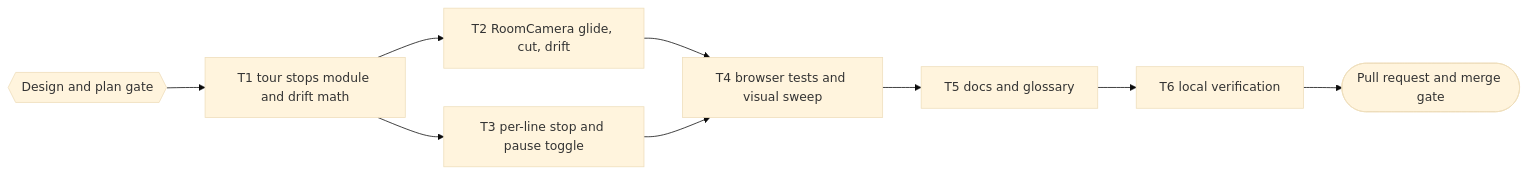
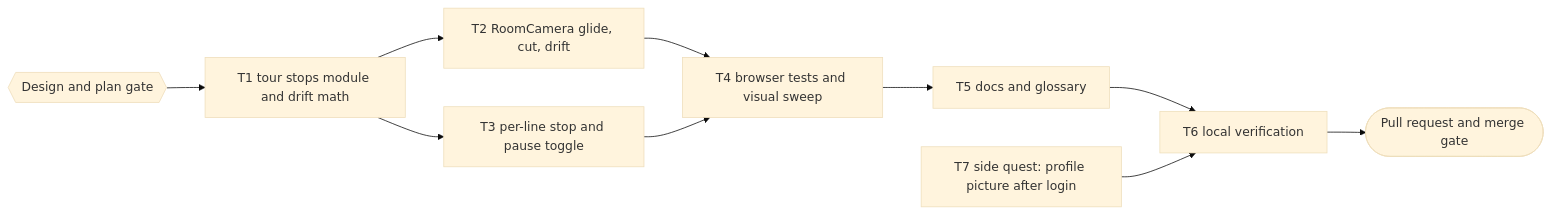
Before and after one commit to belajarcarabelajar/time-capsule: the first of 2 diagrams in docs/code-plan/plans/2026-10-21-auto-tour.md, drawn with Mermaid (base theme). The commit also changed other lines of this file and 10 other files, not shown here.

````diff
--- a/docs/code-plan/plans/2026-10-21-auto-tour.md
+++ b/docs/code-plan/plans/2026-10-21-auto-tour.md
@@ -148,13 +170,14 @@
 ```mermaid
 flowchart LR
     accTitle: Auto-tour implementation plan
     accDescr: The pure tour stops module unblocks the camera task and the environment state task in parallel; browser tests, docs, and local verification follow before the pull request.
     G0{{"Design and plan gate"}} --> T1["T1 tour stops module and drift math"]
     T1 --> T2["T2 RoomCamera glide, cut, drift"]
     T1 --> T3["T3 per-line stop and pause toggle"]
     T2 --> T4["T4 browser tests and visual sweep"]
     T3 --> T4
     T4 --> T5["T5 docs and glossary"]
     T5 --> T6["T6 local verification"]
+    T7["T7 side quest: profile picture after login"] --> T6
     T6 --> PR(["Pull request and merge gate"])
 ```
````
